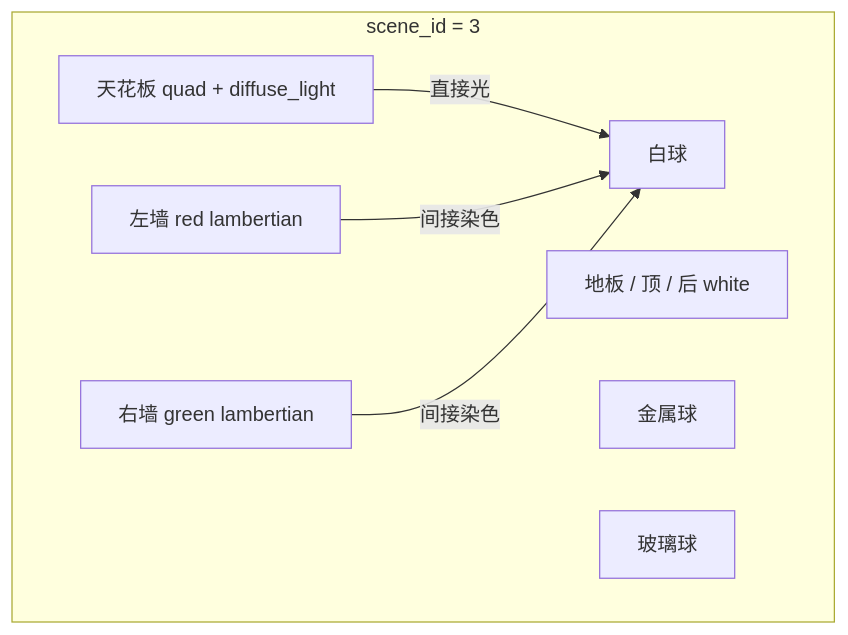
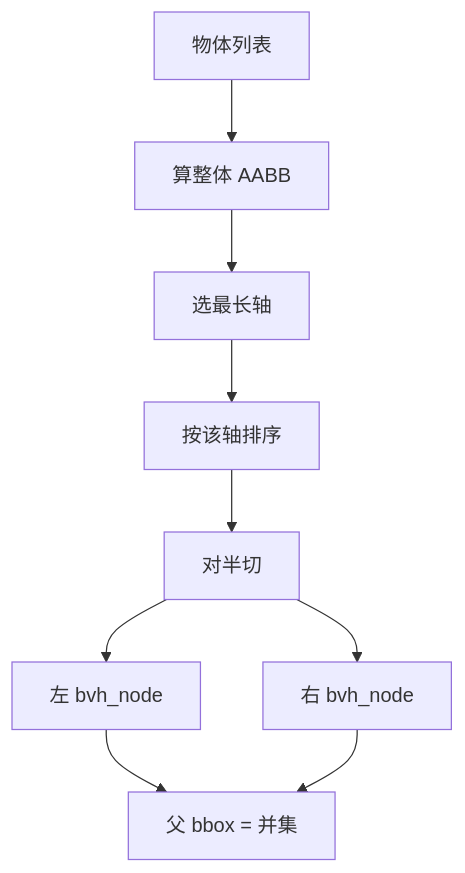
The third of 4 diagrams in docs/ARCHITECTURE.md (xiaoqianran/cpp-002), drawn with Mermaid before and after one commit. The commit also changed other lines of this file and 16 other files, not shown here.

````diff
--- a/docs/ARCHITECTURE.md
+++ b/docs/ARCHITECTURE.md
@@ -78,15 +38,11 @@
 ```mermaid
 flowchart TB
-  subgraph Room["scene_id = 3"]
-    L[左墙 red lambertian]
-    R[右墙 green lambertian]
-    F[地板 / 顶 / 后 white]
-    Light[天花板 quad + diffuse_light]
-    S1[白球]
-    S2[金属球]
-    S3[玻璃球]
-  end
-  Light -->|直接光| S1
-  L -->|间接染色| S1
-  R -->|间接染色| S1
+  Objs[物体列表] --> Box[算整体 AABB]
+  Box --> Axis[选最长轴]
+  Axis --> Sort[按该轴排序]
+  Sort --> Split[对半切]
+  Split --> L[左 bvh_node]
+  Split --> R[右 bvh_node]
+  L --> Parent[父 bbox = 并集]
+  R --> Parent
 ```
````
